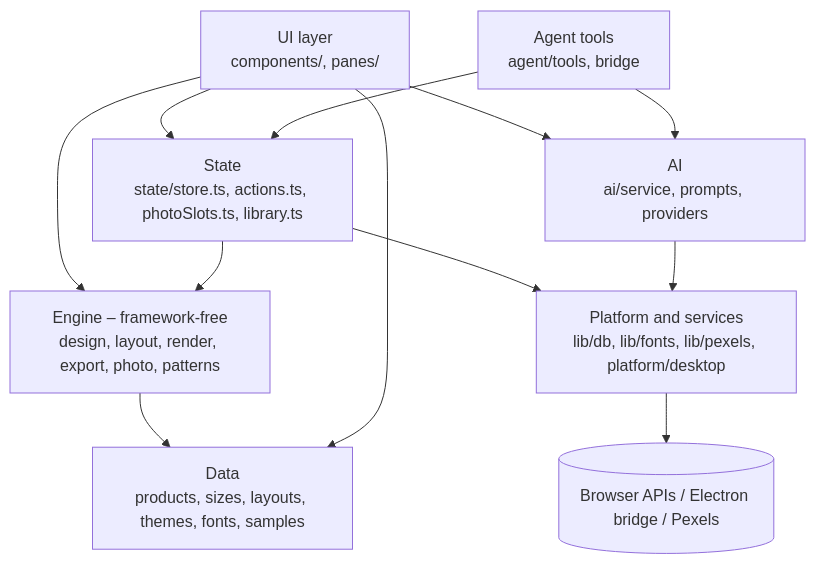
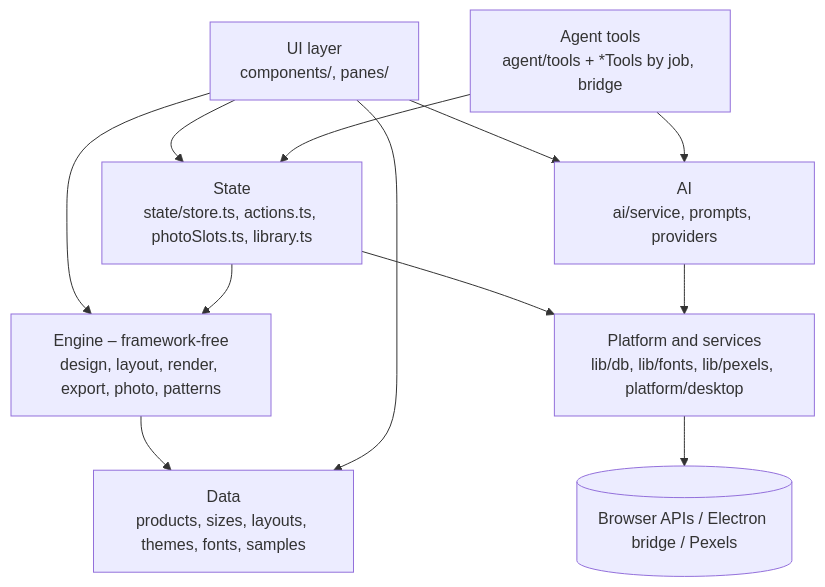
Before and after one commit to RVicky172/Chitthi: the third of 3 diagrams in specs/architecture.md, drawn with Mermaid. The commit also changed other lines of this file and 10 other files, not shown here.

````diff
--- a/specs/architecture.md
+++ b/specs/architecture.md
@@ -75,14 +75,14 @@
 ```mermaid
 flowchart TB
   UI[UI layer<br/>components/, panes/] --> ST[State<br/>state/store.ts, actions.ts, photoSlots.ts, library.ts]
   UI --> EN
   ST --> EN[Engine – framework-free<br/>design, layout, render, export, photo, patterns]
   ST --> PL[Platform and services<br/>lib/db, lib/fonts, lib/pexels, platform/desktop]
   EN --> DA[Data<br/>products, sizes, layouts, themes, fonts, samples]
   UI --> DA
   PL --> EXT[(Browser APIs / Electron bridge / Pexels)]
   UI --> AI[AI<br/>ai/service, prompts, providers]
-  AG[Agent tools<br/>agent/tools, bridge] --> ST
+  AG[Agent tools<br/>agent/tools + *Tools by job, bridge] --> ST
   AG --> AI
   AI --> PL
 ```
````
